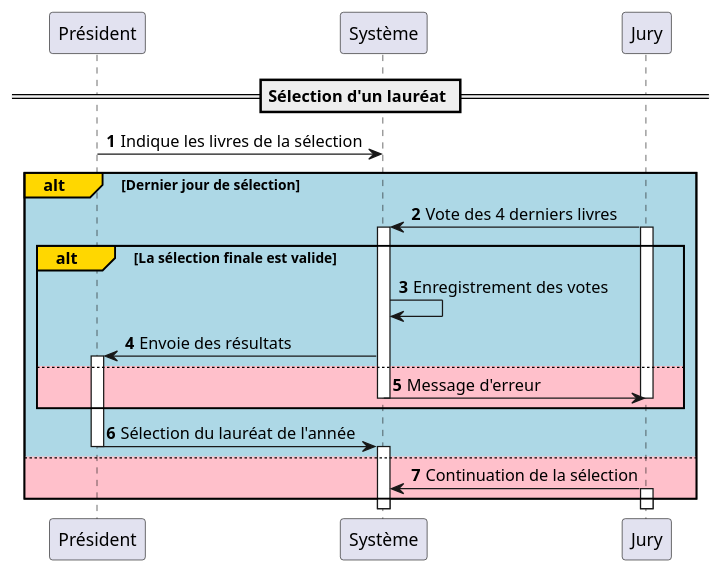
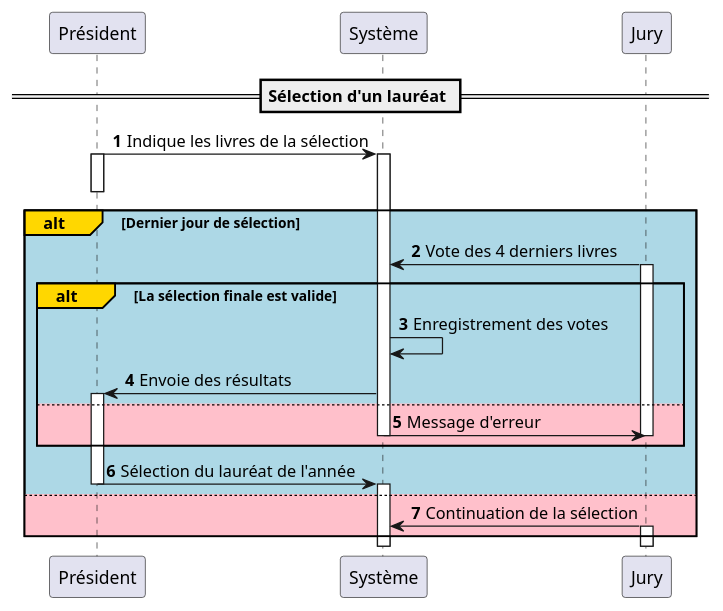
Before and after one commit to KMorere/eval-python-goncourt: the diagram in doc/uml/Select_winner_sequence.puml, drawn with PlantUML. The commit also changed 16 other files, not shown here.

Commit message:
Added png files for all diagrams as well as more comments.

```diff
--- a/doc/uml/Select_winner_sequence.puml
+++ b/doc/uml/Select_winner_sequence.puml
@@ -1,33 +1,34 @@
 @startuml
 
 autonumber
 
 == Sélection d'un lauréat ==
 
 Président -> Système : Indique les livres de la sélection
+activate Président
+activate Système
+deactivate Président
 
 alt#gold #lightblue Dernier jour de sélection
-
     Jury -> Système : Vote des 4 derniers livres
     activate Jury
     alt#gold #lightblue La sélection finale est valide
-        activate Système
         Système -> Système : Enregistrement des votes
         Système -> Président : Envoie des résultats
         activate Président
     else #pink
         Système -> Jury : Message d'erreur
         deactivate Système
         deactivate Jury
     end alt
 
     Président -> Système : Sélection du lauréat de l'année
     deactivate Président
     activate Système
 
     else #pink
         Jury -> Système : Continuation de la sélection
         activate Jury
 end alt
 
 @enduml
```
